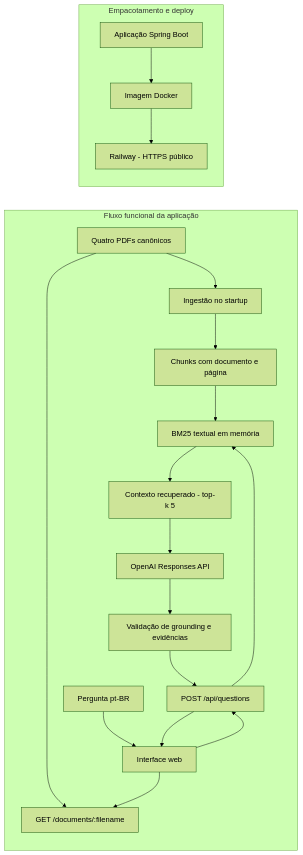
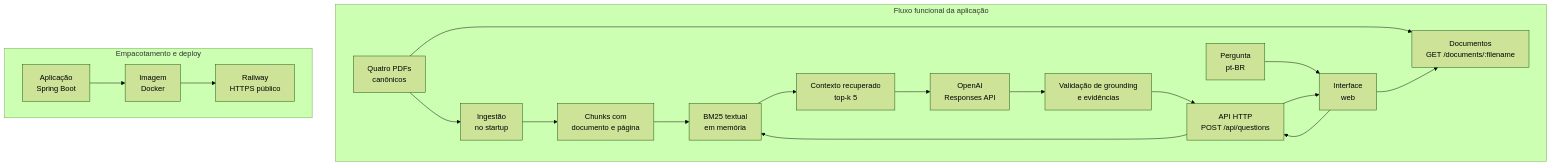
The diagram in README.md (jeffdesouza-info/event-knowledge-bot), drawn with Mermaid (forest theme) before and after one commit.

Commit message:
docs: Adjusting README diagram orientation and line breaks.

````diff
--- a/README.md
+++ b/README.md
@@ -9,26 +9,26 @@
 ```mermaid
-flowchart LR
+flowchart TB
     subgraph runtime["Fluxo funcional da aplicação"]
-        PDFs["Quatro PDFs canônicos"] --> Startup["Ingestão no startup"]
-        Startup --> Chunks["Chunks com documento e página"]
-        Chunks --> BM25["BM25 textual em memória"]
+        PDFs["Quatro PDFs<br/>canônicos"] --> Startup["Ingestão<br/>no startup"]
+        Startup --> Chunks["Chunks com<br/>documento e página"]
+        Chunks --> BM25["BM25 textual<br/>em memória"]
 
-        Question["Pergunta pt-BR"] --> UI["Interface web"]
-        UI --> HTTP["POST /api/questions"]
+        Question["Pergunta<br/>pt-BR"] --> UI["Interface<br/>web"]
+        UI --> HTTP["API HTTP<br/>POST /api/questions"]
         HTTP --> BM25
 
-        BM25 --> Context["Contexto recuperado - top-k 5"]
-        Context --> Responses["OpenAI Responses API"]
-        Responses --> Grounding["Validação de grounding e evidências"]
+        BM25 --> Context["Contexto recuperado<br/>top-k 5"]
+        Context --> Responses["OpenAI<br/>Responses API"]
+        Responses --> Grounding["Validação de grounding<br/>e evidências"]
         Grounding --> HTTP
         HTTP --> UI
 
-        PDFs --> Documents["GET /documents/:filename"]
+        PDFs --> Documents["Documentos<br/>GET /documents/:filename"]
         UI --> Documents
     end
 
     subgraph deployment["Empacotamento e deploy"]
-        App["Aplicação Spring Boot"] --> Docker["Imagem Docker"]
-        Docker --> Railway["Railway - HTTPS público"]
+        App["Aplicação<br/>Spring Boot"] --> Docker["Imagem<br/>Docker"]
+        Docker --> Railway["Railway<br/>HTTPS público"]
     end
 ```
````
